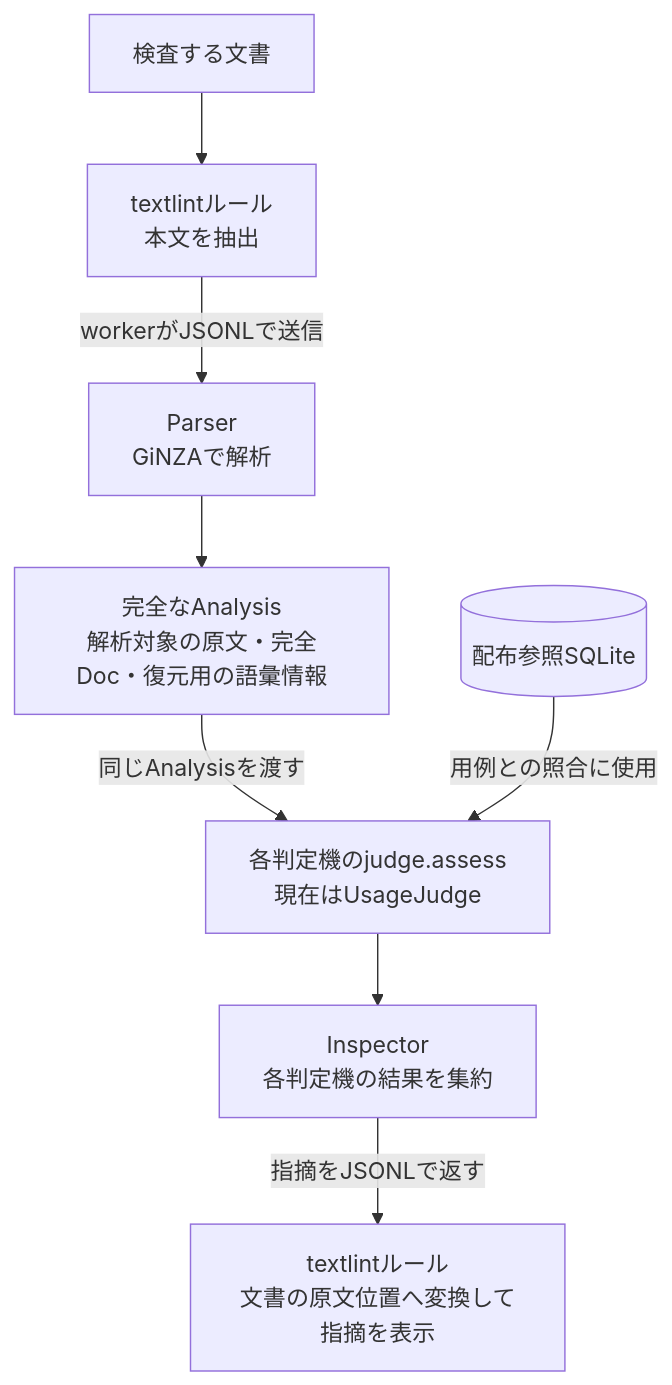
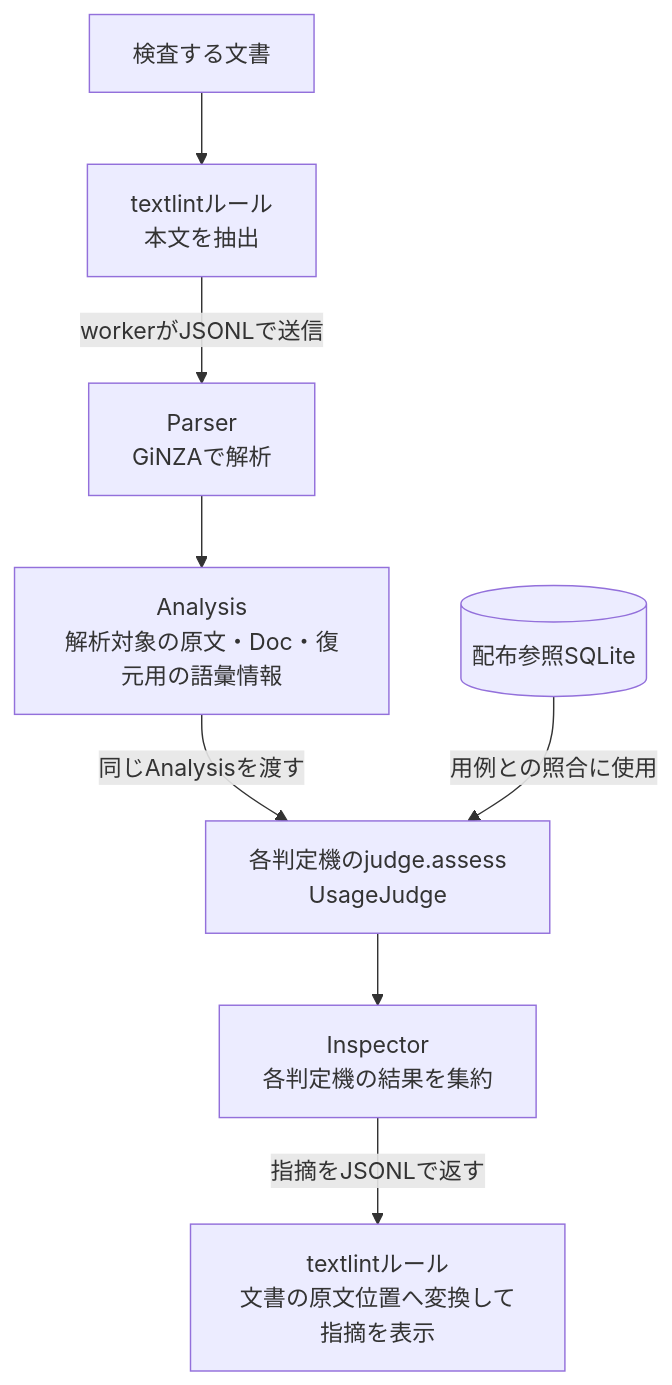
One commit to karin0624/use-native-japanese changed the first of 2 diagrams in docs/design/architecture.md. Above: the diagram before and after it, drawn with Mermaid. The commit also changed other lines of this file and 19 other files, not shown here.

````diff
--- a/docs/design/architecture.md
+++ b/docs/design/architecture.md
@@ -22,10 +22,10 @@
 ```mermaid
 flowchart TB
     document["検査する文書"] --> extract["textlintルール<br/>本文を抽出"]
     extract -->|workerがJSONLで送信| parser["Parser<br/>GiNZAで解析"]
-    parser --> analysis["完全なAnalysis<br/>解析対象の原文・完全Doc・復元用の語彙情報"]
-    analysis -->|同じAnalysisを渡す| judges["各判定機のjudge.assess<br/>現在はUsageJudge"]
+    parser --> analysis["Analysis<br/>解析対象の原文・Doc・復元用の語彙情報"]
+    analysis -->|同じAnalysisを渡す| judges["各判定機のjudge.assess<br/>UsageJudge"]
     reference[("配布参照SQLite")] -->|用例との照合に使用| judges
     judges --> aggregate["Inspector<br/>各判定機の結果を集約"]
     aggregate -->|指摘をJSONLで返す| report["textlintルール<br/>文書の原文位置へ変換して指摘を表示"]
 ```
````
